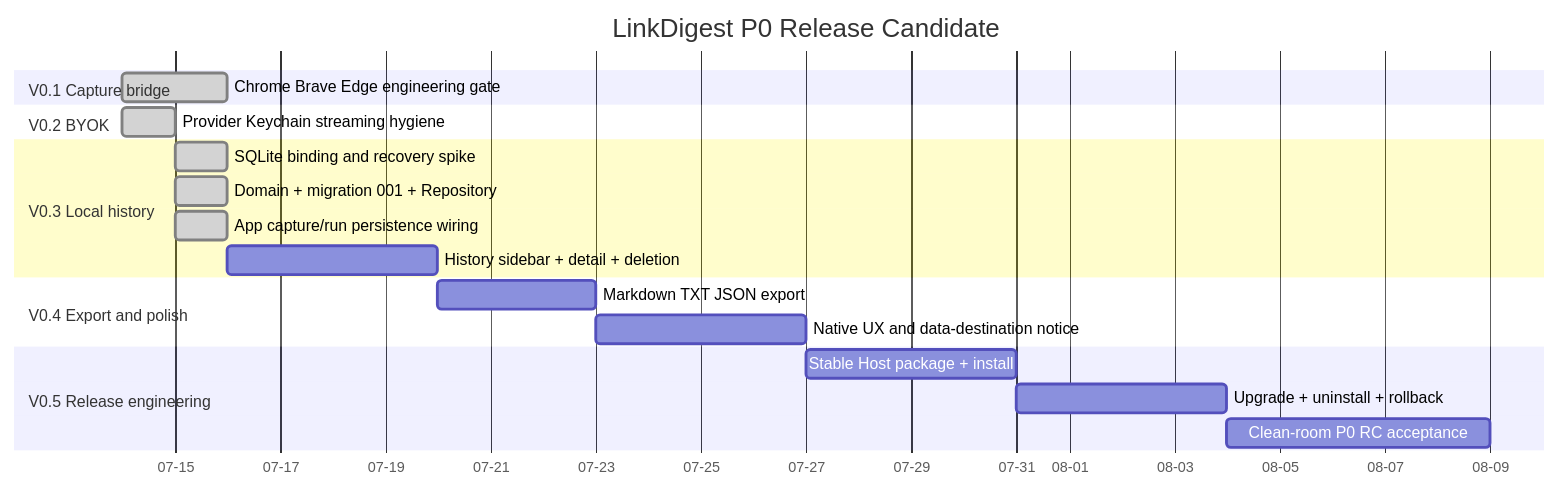
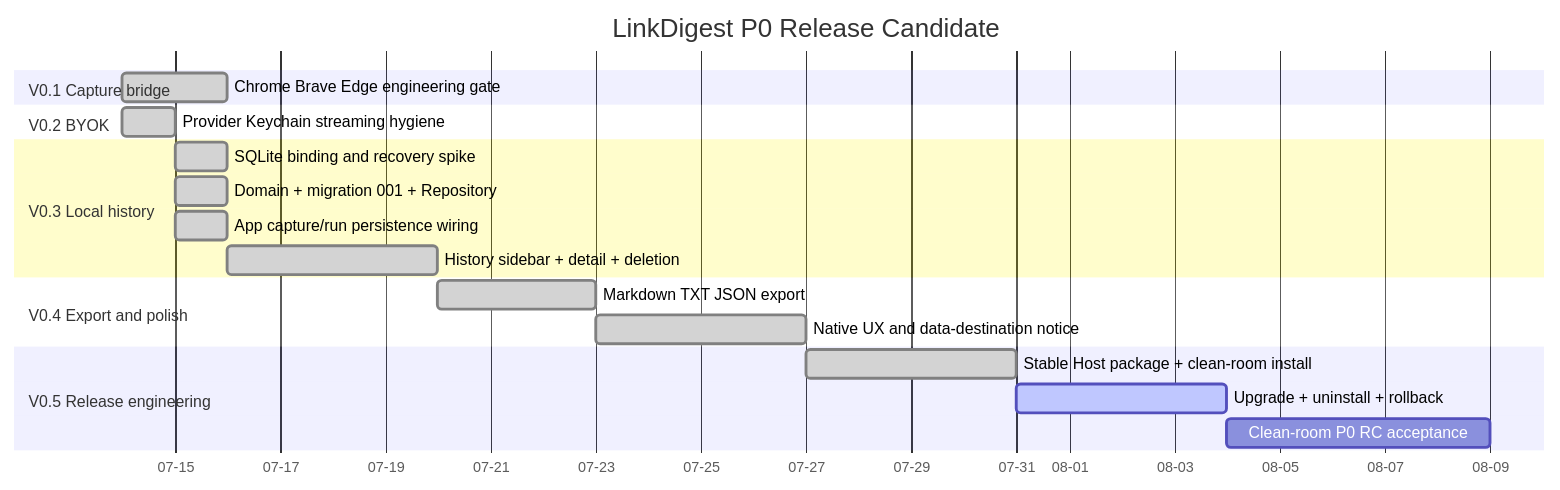
Before and after one commit to Songxiaor/jizuo: the diagram in brain/roadmap.md, drawn with Mermaid. The commit also changed other lines of this file and 48 other files, not shown here.

Commit message:
feat: complete native UX and stable host r1

````diff
--- a/brain/roadmap.md
+++ b/brain/roadmap.md
@@ -12,22 +12,22 @@
 ```mermaid
 gantt
   title LinkDigest P0 Release Candidate
   dateFormat  YYYY-MM-DD
   axisFormat  %m-%d
   section V0.1 Capture bridge
   Chrome Brave Edge engineering gate    :done, c1, 2026-07-14, 2d
   section V0.2 BYOK
   Provider Keychain streaming hygiene   :done, b1, 2026-07-14, 1d
   section V0.3 Local history
   SQLite binding and recovery spike     :done, s1, 2026-07-15, 1d
   Domain + migration 001 + Repository   :done, s2, 2026-07-15, 1d
   App capture/run persistence wiring    :done, s3, 2026-07-15, 1d
-  History sidebar + detail + deletion   :s4, after s3, 4d
+  History sidebar + detail + deletion   :done, s4, after s3, 4d
   section V0.4 Export and polish
-  Markdown TXT JSON export              :e1, after s4, 3d
-  Native UX and data-destination notice :e2, after e1, 4d
+  Markdown TXT JSON export              :done, e1, after s4, 3d
+  Native UX and data-destination notice :done, e2, after e1, 4d
   section V0.5 Release engineering
-  Stable Host package + install         :r1, after e2, 4d
-  Upgrade + uninstall + rollback        :r2, after r1, 4d
+  Stable Host package + clean-room install :done, r1, after e2, 4d
+  Upgrade + uninstall + rollback        :active, r2, after r1, 4d
   Clean-room P0 RC acceptance           :r3, after r2, 5d
 ```
````
